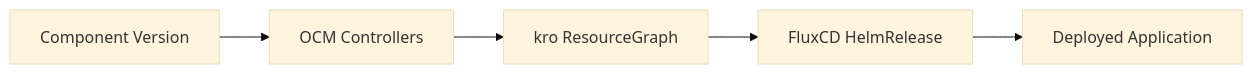
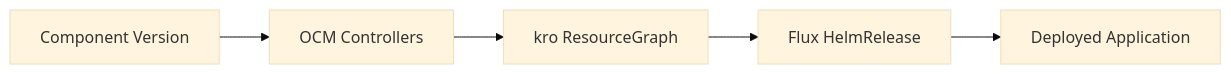
Before and after one commit to open-component-model/ocm-website: the diagram in content/docs/getting-started/deploy-helm-chart.md, drawn with Mermaid (base theme). The commit also changed other lines of this file and 2 other files, not shown here.

````diff
--- a/content/docs/getting-started/deploy-helm-chart.md
+++ b/content/docs/getting-started/deploy-helm-chart.md
@@ -14,7 +22,7 @@
 ```mermaid
 flowchart LR
     A[Component Version] --> B[OCM Controllers]
     B --> C[kro ResourceGraph]
-    C --> D[FluxCD HelmRelease]
+    C --> D[Flux HelmRelease]
     D --> E[Deployed Application]
 ```
````
